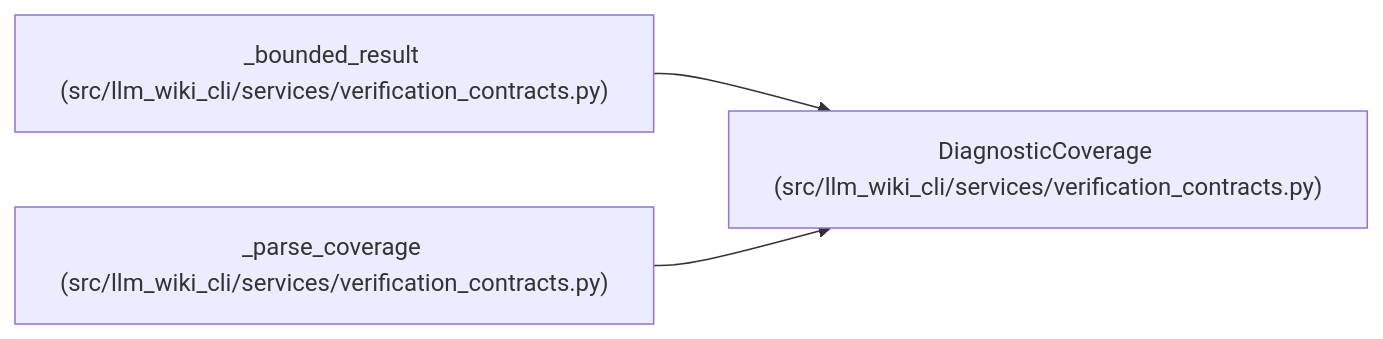
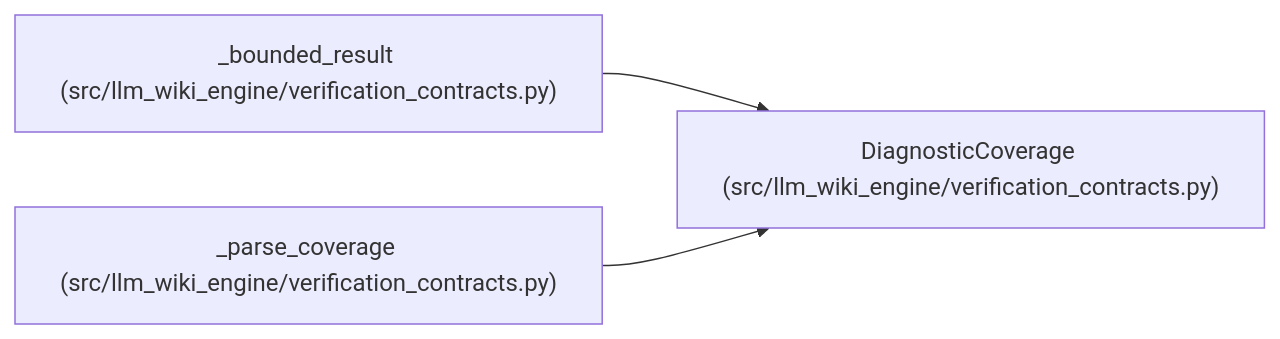
Before and after one commit to Denissvgn/python-wiki-llm: the diagram in docs/llm_wiki/entities/DiagnosticCoverage.md, drawn with Mermaid. The commit also changed other lines of this file and 1058 other files, not shown here.

````diff
--- a/docs/llm_wiki/entities/DiagnosticCoverage.md
+++ b/docs/llm_wiki/entities/DiagnosticCoverage.md
@@ -34,11 +34,11 @@
 ```mermaid
 flowchart LR
-    n0["DiagnosticCoverage (src/llm_wiki_cli/services/verification_contracts.py)"]
-    n1["_bounded_result (src/llm_wiki_cli/services/verification_contracts.py)"]
-    n2["_parse_coverage (src/llm_wiki_cli/services/verification_contracts.py)"]
+    n0["DiagnosticCoverage (src/llm_wiki_engine/verification_contracts.py)"]
+    n1["_bounded_result (src/llm_wiki_engine/verification_contracts.py)"]
+    n2["_parse_coverage (src/llm_wiki_engine/verification_contracts.py)"]
     n1 --> n0
     n2 --> n0
     click n0 "../modules/verification_contracts.md"
     click n1 "../modules/verification_contracts.md"
     click n2 "../modules/verification_contracts.md"
 ```
````
